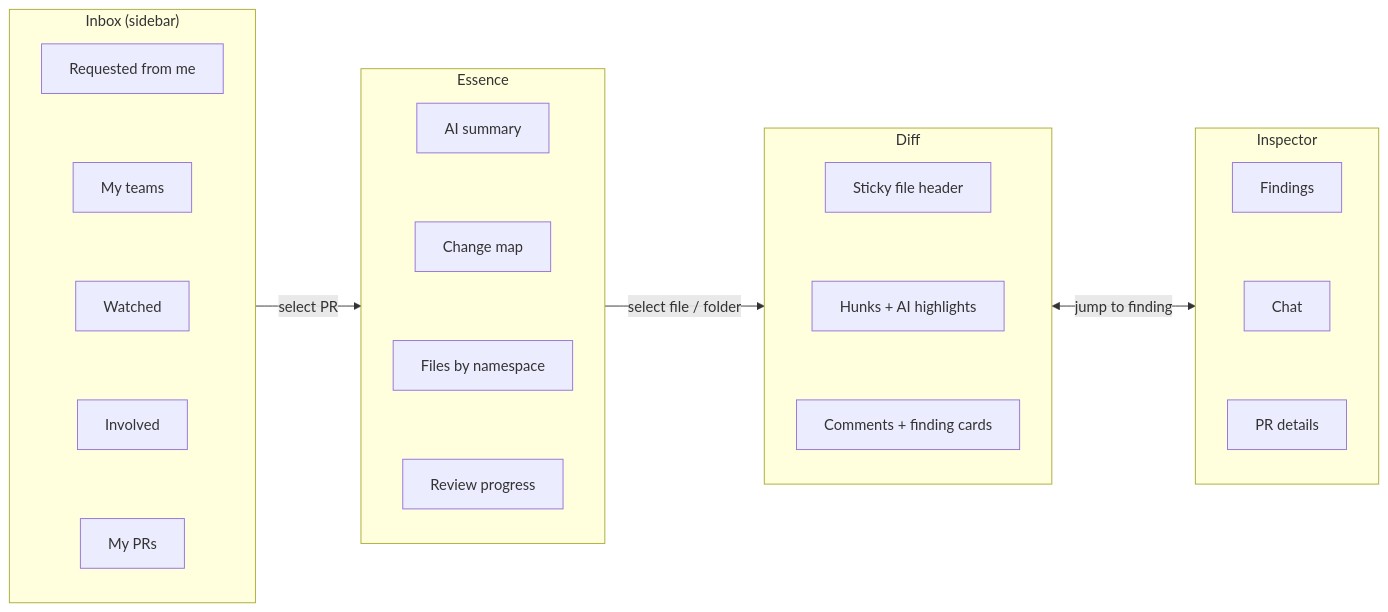
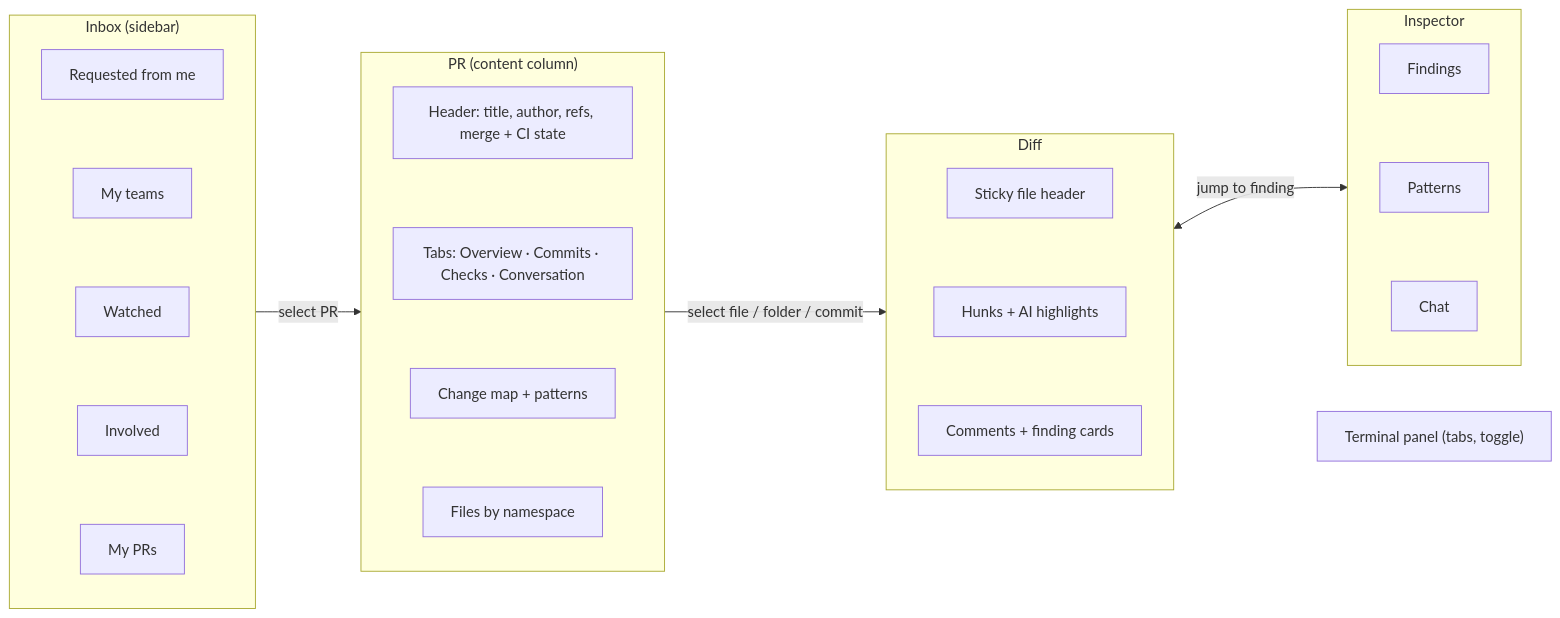
One commit to mduu/sylvra changed the first of 2 diagrams in specs/ux.md. Above: the diagram before and after it, drawn with Mermaid. The commit also changed other lines of this file and 7 other files, not shown here.

````diff
--- a/specs/ux.md
+++ b/specs/ux.md
@@ -29,20 +83,22 @@
 ```mermaid
 flowchart LR
     subgraph Inbox["Inbox (sidebar)"]
         direction TB
         i1["Requested from me"] ~~~ i2["My teams"] ~~~ i3["Watched"] ~~~ i4["Involved"] ~~~ i5["My PRs"]
     end
-    subgraph Essence
+    subgraph Essence["PR (content column)"]
         direction TB
-        e1["AI summary"] ~~~ e2["Change map"] ~~~ e3["Files by namespace"] ~~~ e4["Review progress"]
+        e0["Header: title, author, refs, merge + CI state"] ~~~ e1["Tabs: Overview · Commits · Checks · Conversation"] ~~~ e2["Change map + patterns"] ~~~ e3["Files by namespace"]
     end
     subgraph Diff
         direction TB
         d1["Sticky file header"] ~~~ d2["Hunks + AI highlights"] ~~~ d3["Comments + finding cards"]
     end
     subgraph Inspector
         direction TB
-        n1["Findings"] ~~~ n2["Chat"] ~~~ n3["PR details"]
+        n1["Findings"] ~~~ n2["Patterns"] ~~~ n3["Chat"]
     end
-    Inbox -- "select PR" --> Essence -- "select file / folder" --> Diff <-- "jump to finding" --> Inspector
+    Terminal["Terminal panel (tabs, toggle)"]
+    Inbox -- "select PR" --> Essence -- "select file / folder / commit" --> Diff <-- "jump to finding" --> Inspector
+    Diff ~~~ Terminal
 ```
````
